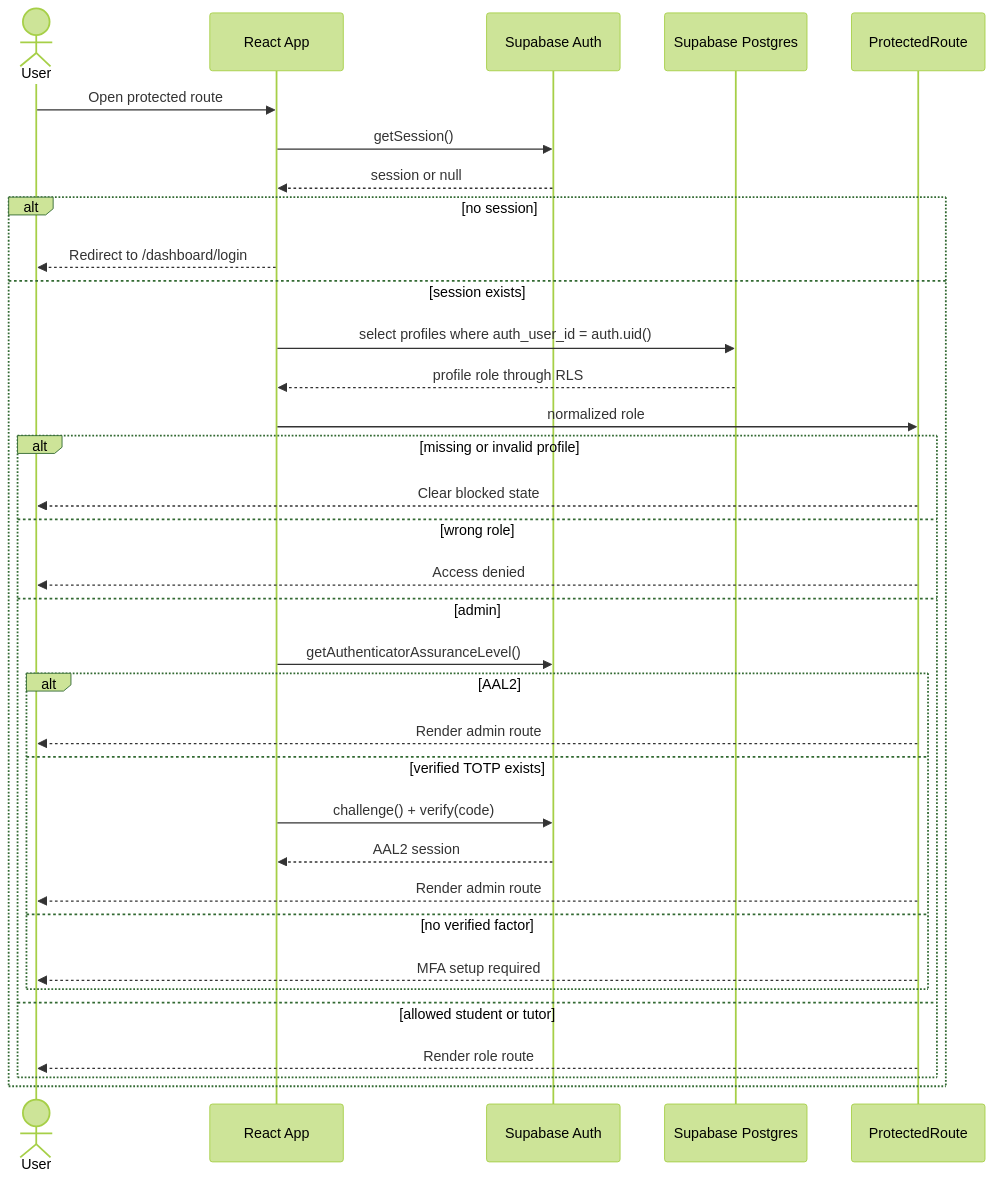
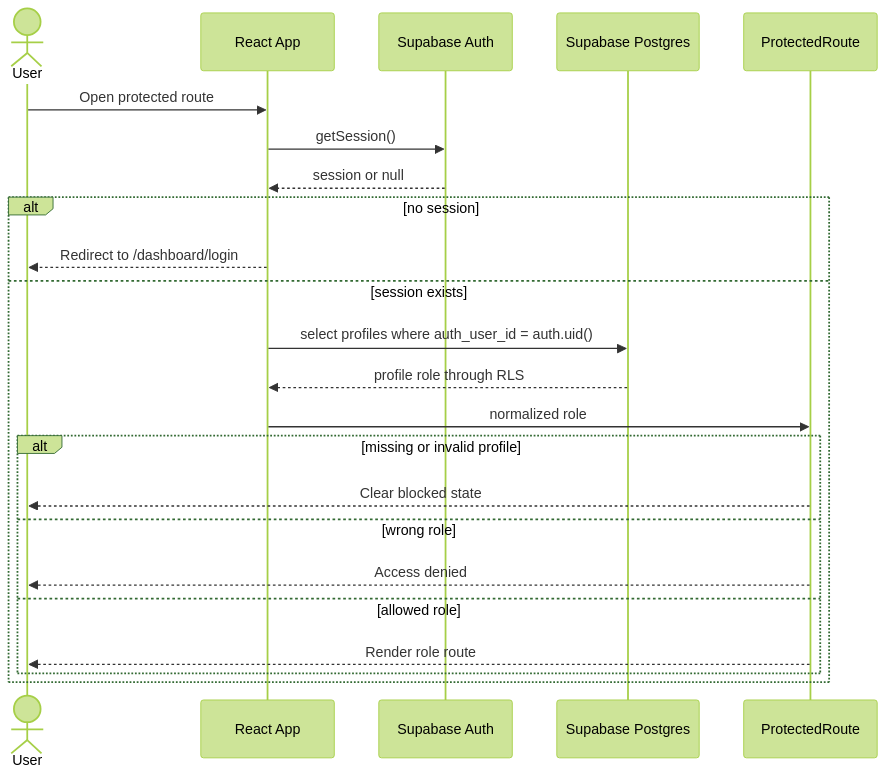
Before and after one commit to JaydinCodes/LJ-s-tutoring: the first of 3 diagrams in docs/architecture/ARCHITECTURE.md, drawn with Mermaid (forest theme). The commit also changed other lines of this file and 30 other files, not shown here.

````diff
--- a/docs/architecture/ARCHITECTURE.md
+++ b/docs/architecture/ARCHITECTURE.md
@@ -91,36 +91,25 @@
 ```mermaid
 sequenceDiagram
   actor User
   participant React as React App
   participant Auth as Supabase Auth
   participant DB as Supabase Postgres
   participant Guard as ProtectedRoute
   User->>React: Open protected route
   React->>Auth: getSession()
   Auth-->>React: session or null
   alt no session
     React-->>User: Redirect to /dashboard/login
   else session exists
     React->>DB: select profiles where auth_user_id = auth.uid()
     DB-->>React: profile role through RLS
     React->>Guard: normalized role
     alt missing or invalid profile
       Guard-->>User: Clear blocked state
     else wrong role
       Guard-->>User: Access denied
-    else admin
-      React->>Auth: getAuthenticatorAssuranceLevel()
-      alt AAL2
-        Guard-->>User: Render admin route
-      else verified TOTP exists
-        React->>Auth: challenge() + verify(code)
-        Auth-->>React: AAL2 session
-        Guard-->>User: Render admin route
-      else no verified factor
-        Guard-->>User: MFA setup required
-      end
-    else allowed student or tutor
+    else allowed role
       Guard-->>User: Render role route
     end
   end
 ```
````
